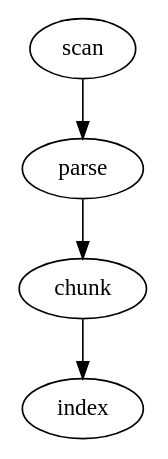
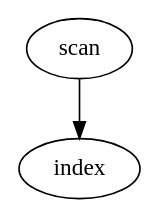
The diagram in synexis_brain/pipelines/index.dot (remiboivin021/synexis), drawn with Graphviz before and after one commit. The commit also changed 9 other files, not shown here.

```diff
--- a/synexis_brain/pipelines/index.dot
+++ b/synexis_brain/pipelines/index.dot
@@ -1,10 +1,6 @@
 digraph index_pipeline {
   scan [op="scan_vaults"];
-  parse [op="parse_md"];
-  chunk [op="chunk_by_heading"];
-  index [op="upsert_bm25"];
+  index [op="apply_incremental_index"];
 
-  scan -> parse;
-  parse -> chunk;
-  chunk -> index;
+  scan -> index;
 }
```
